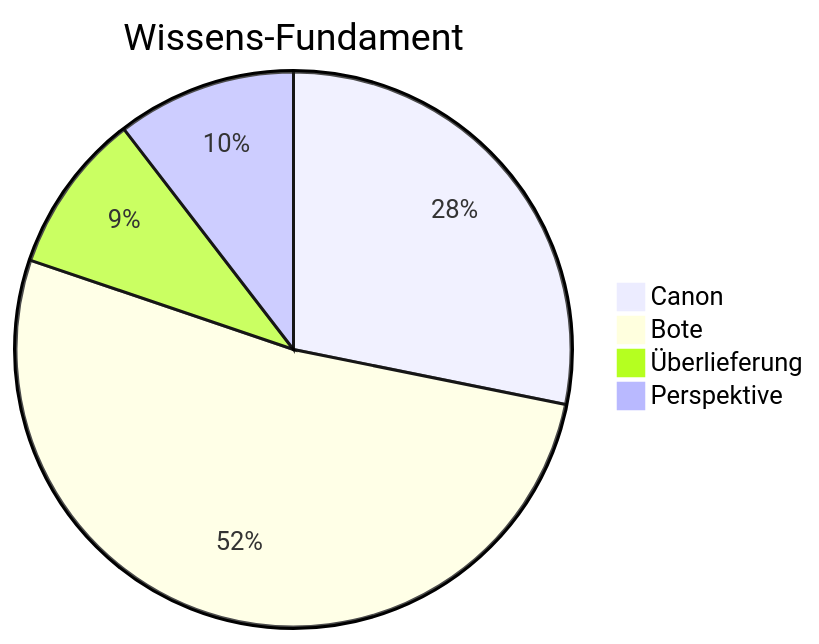
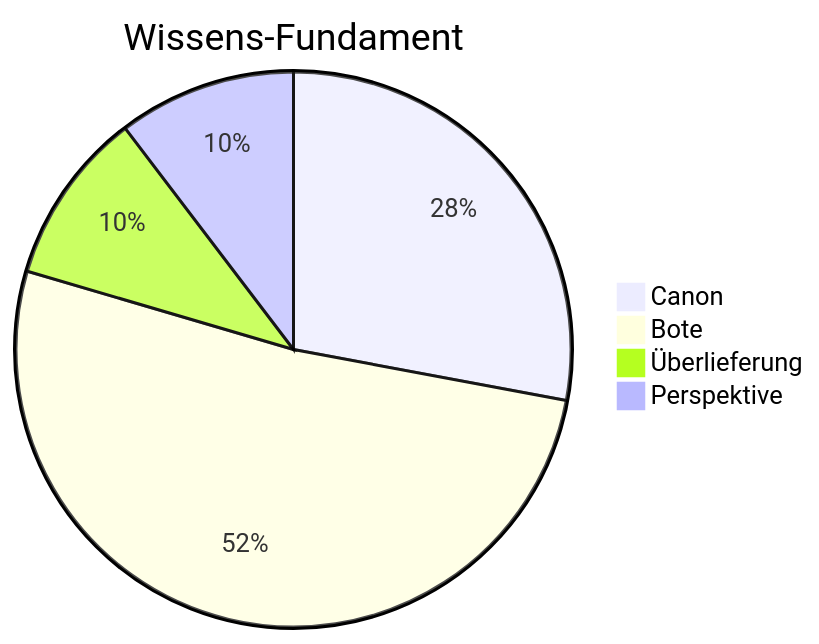
Before and after one commit to Siebenwind/7w_wiki: the third of 4 diagrams in Siebenwind_Wiki/10_Archiv/Wiki_Statistiken.md, drawn with Mermaid. The commit also changed other lines of this file and 18 other files, not shown here.

````diff
--- a/Siebenwind_Wiki/10_Archiv/Wiki_Statistiken.md
+++ b/Siebenwind_Wiki/10_Archiv/Wiki_Statistiken.md
@@ -45,7 +45,7 @@
 ```mermaid
 pie title Wissens-Fundament
     "Canon" : 548
     "Bote" : 1012
-    "Überlieferung" : 182
+    "Überlieferung" : 198
     "Perspektive" : 203
 ```
````
